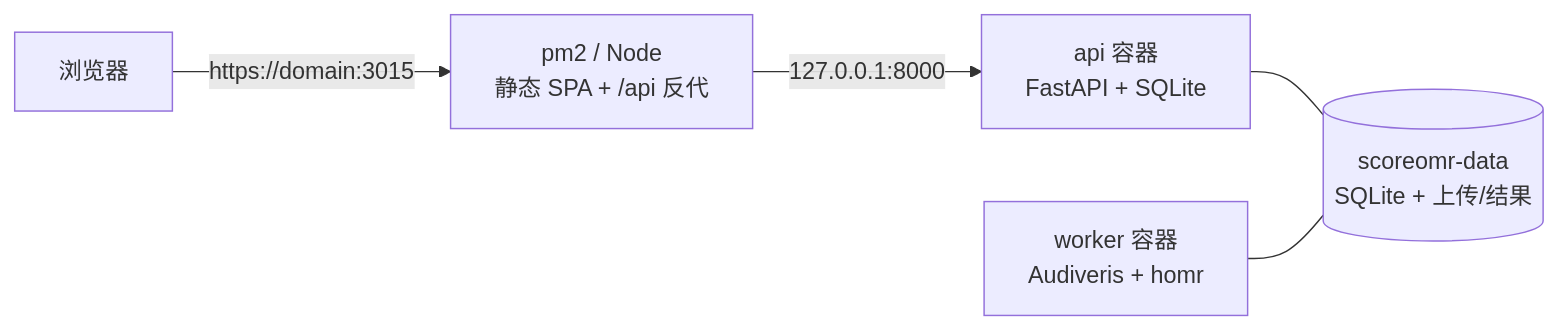
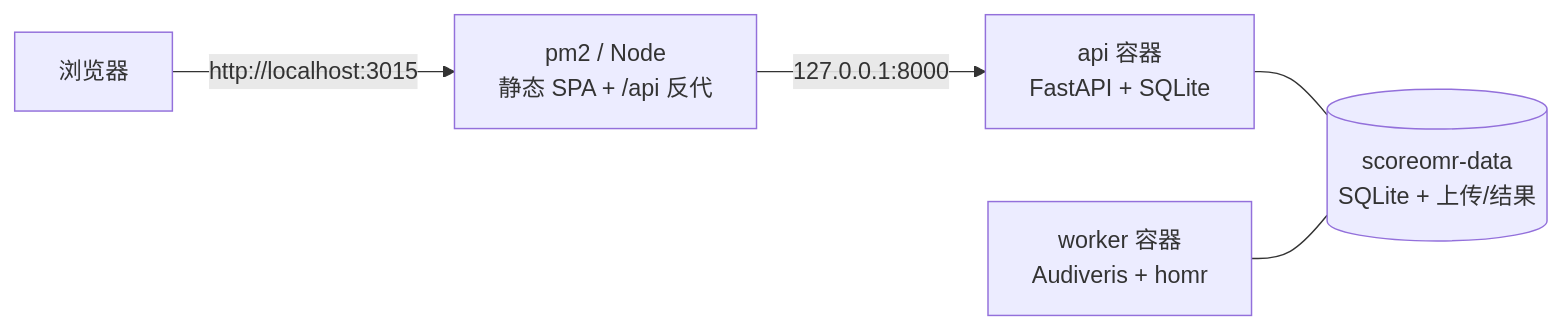
Before and after one commit to shuyueW1991/scoreomr: the diagram in README.md, drawn with Mermaid. The commit also changed other lines of this file and 54 other files, not shown here.

````diff
--- a/README.md
+++ b/README.md
@@ -74,7 +69,7 @@
 ```mermaid
 flowchart LR
-  B[浏览器] -->|https://domain:3015| N[pm2 / Node<br/>静态 SPA + /api 反代]
+  B[浏览器] -->|http://localhost:3015| N[pm2 / Node<br/>静态 SPA + /api 反代]
   N -->|127.0.0.1:8000| A[api 容器<br/>FastAPI + SQLite]
   A --- V[(scoreomr-data<br/>SQLite + 上传/结果)]
   K[worker 容器<br/>Audiveris + homr] --- V
 ```
````
